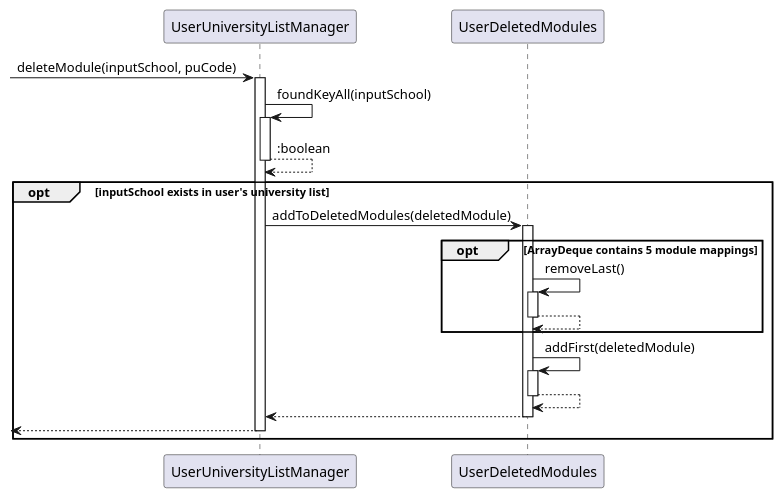
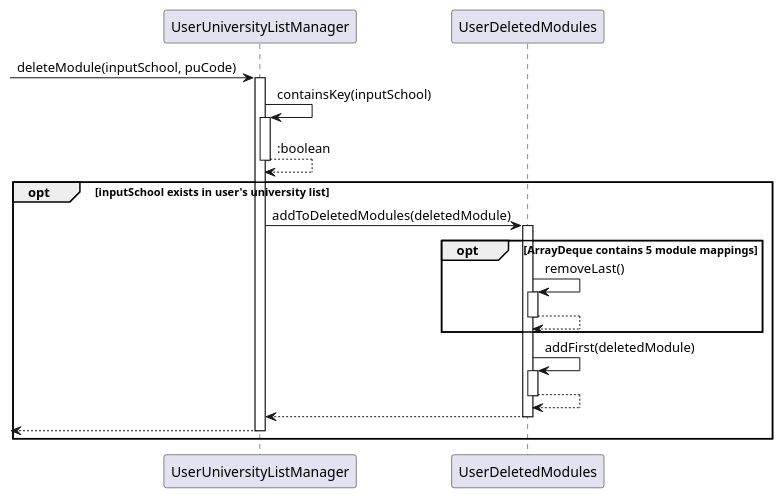
Before and after one commit to nus-cs2113-AY2223S1/tp: the diagram in docs/diagrams/UserDeletedModules_Sequence.puml, drawn with PlantUML. The commit also changed 9 other files, not shown here.

Commit message:
Update UML diagrams

```diff
--- a/docs/diagrams/UserDeletedModules_Sequence.puml
+++ b/docs/diagrams/UserDeletedModules_Sequence.puml
@@ -1,28 +1,28 @@
 @startuml
 'https://plantuml.com/sequence-diagram
 
 -> UserUniversityListManager : deleteModule(inputSchool, puCode)
 activate UserUniversityListManager
-UserUniversityListManager -> UserUniversityListManager : foundKeyAll(inputSchool)
+UserUniversityListManager -> UserUniversityListManager : containsKey(inputSchool)
 activate UserUniversityListManager
 UserUniversityListManager --> UserUniversityListManager : :boolean
 deactivate UserUniversityListManager
 opt inputSchool exists in user's university list
 UserUniversityListManager -> UserDeletedModules : addToDeletedModules(deletedModule)
 activate UserDeletedModules
 opt ArrayDeque contains 5 module mappings
 UserDeletedModules -> UserDeletedModules : removeLast()
 activate UserDeletedModules
 UserDeletedModules --> UserDeletedModules
 deactivate UserDeletedModules
 end
 UserDeletedModules -> UserDeletedModules : addFirst(deletedModule)
 activate UserDeletedModules
 UserDeletedModules --> UserDeletedModules
 deactivate UserDeletedModules
 UserDeletedModules --> UserUniversityListManager
 deactivate UserDeletedModules
 <-- UserUniversityListManager
 deactivate UserUniversityListManager
 end
 @enduml
```
